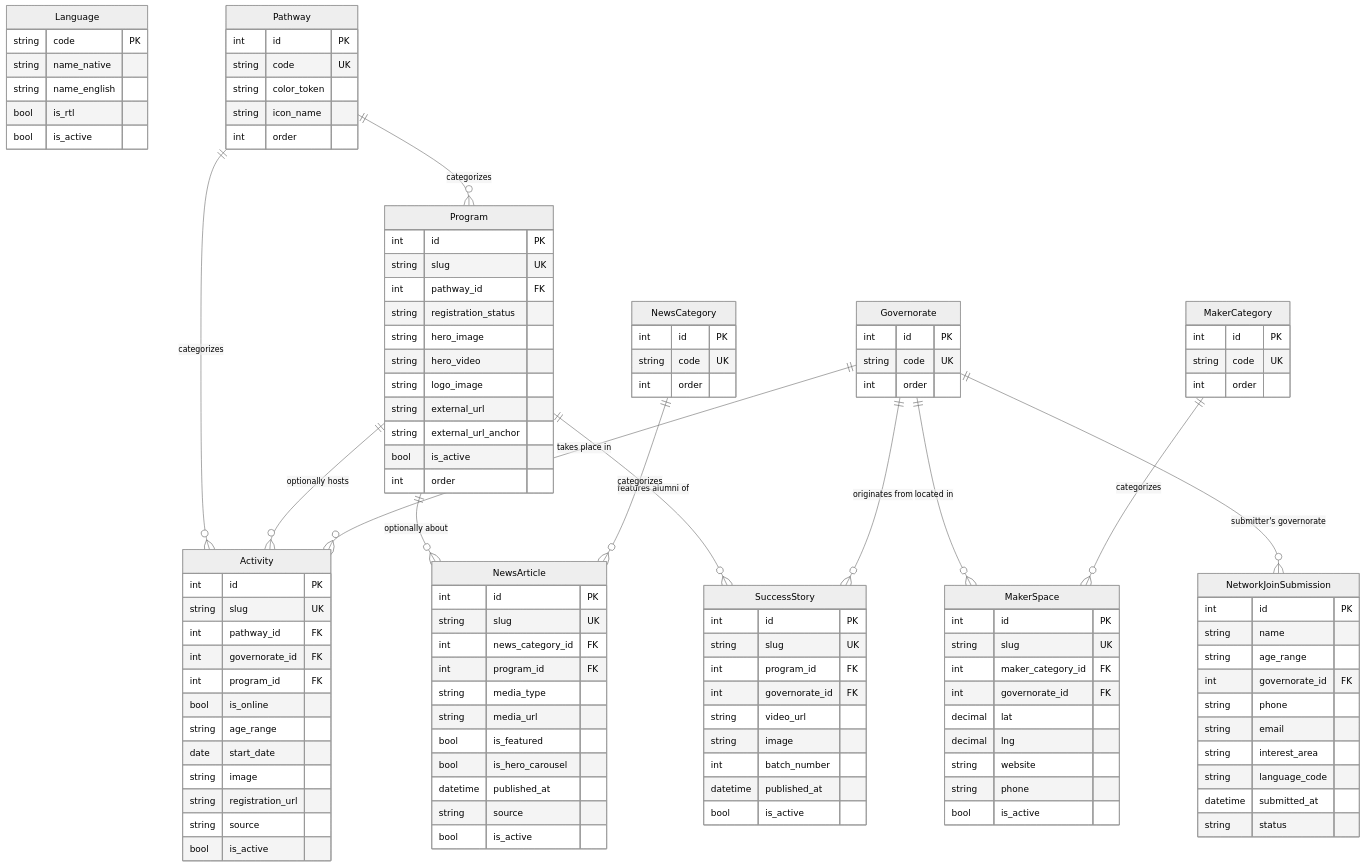
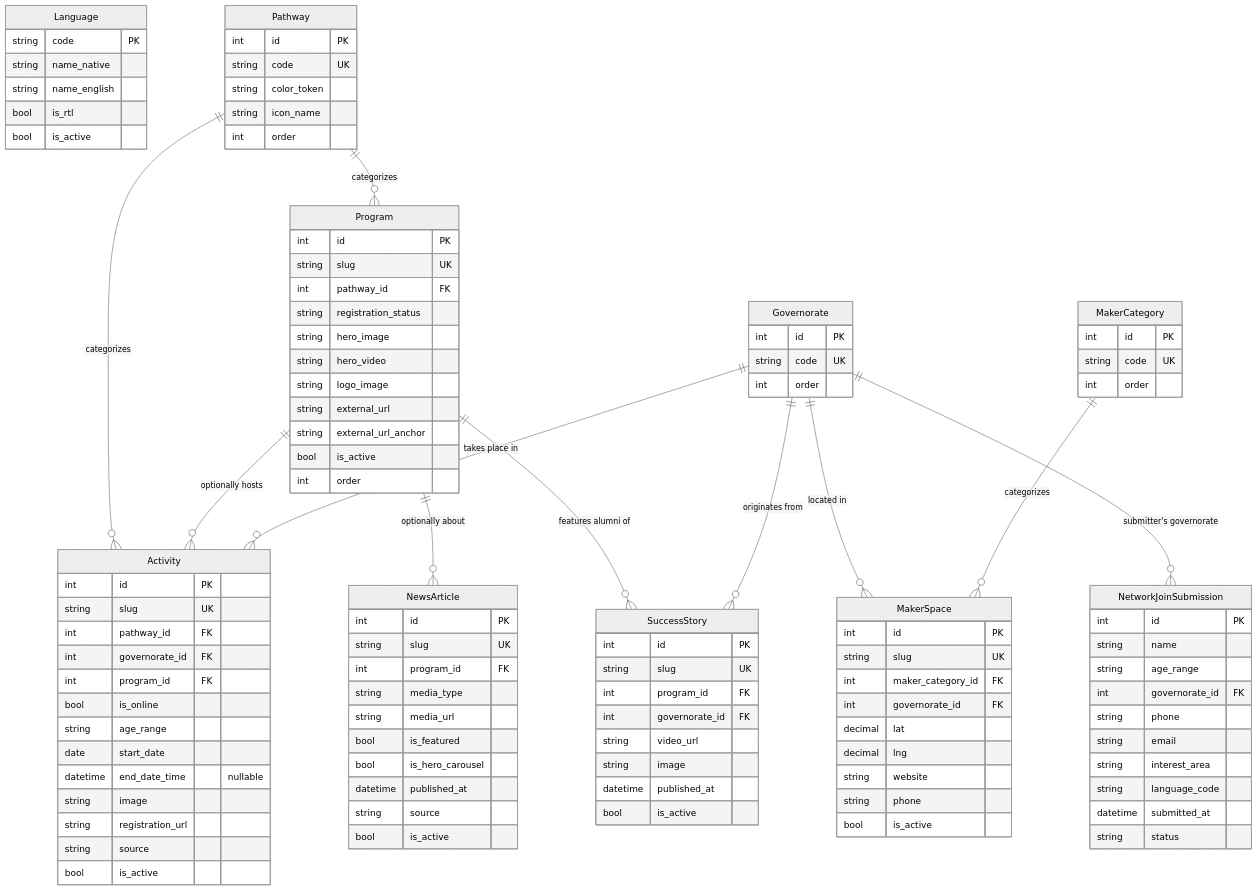
Before and after one commit to khaledhajeid/CPF-Hackathon: the first of 4 diagrams in production_blueprints/05-DATA_MODEL_ERD.md, drawn with Mermaid (neutral theme). The commit also changed other lines of this file and 2 other files, not shown here.

Commit message:
update the erd

```diff
--- a/production_blueprints/05-DATA_MODEL_ERD.md
+++ b/production_blueprints/05-DATA_MODEL_ERD.md
@@ -74,8 +74,6 @@
     Program ||--o{ Activity : "optionally hosts"
     Program ||--o{ NewsArticle : "optionally about"
     Program ||--o{ SuccessStory : "features alumni of"
-
-    NewsCategory ||--o{ NewsArticle : categorizes
 
     Governorate ||--o{ Activity : "takes place in"
     Governorate ||--o{ SuccessStory : "originates from"
@@ -113,20 +111,15 @@
         bool is_online
         string age_range
         date start_date
+        datetime end_date_time "nullable"
         string image
         string registration_url
         string source
         bool is_active
     }
-    NewsCategory {
-        int id PK
-        string code UK
-        int order
-    }
     NewsArticle {
         int id PK
         string slug UK
-        int news_category_id FK
         int program_id FK
         string media_type
         string media_url
@@ -143,7 +136,6 @@
         int governorate_id FK
         string video_url
         string image
-        int batch_number
         datetime published_at
         bool is_active
     }
```
